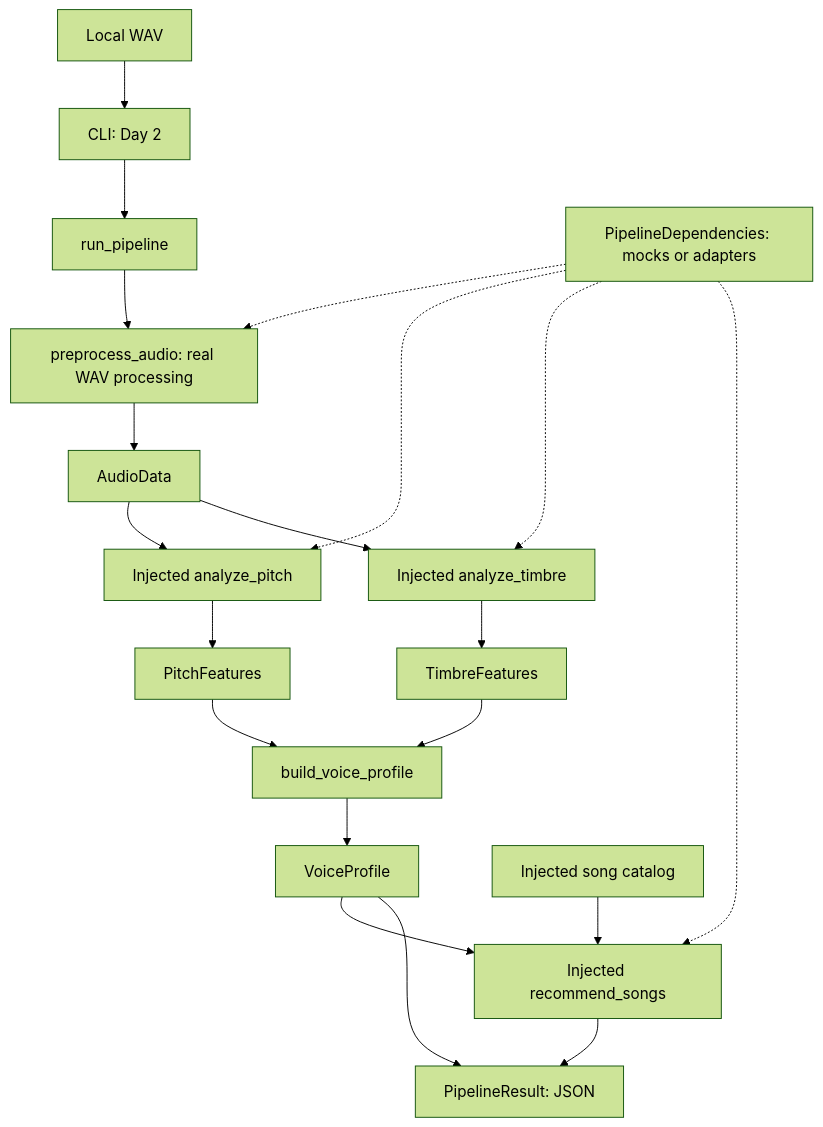
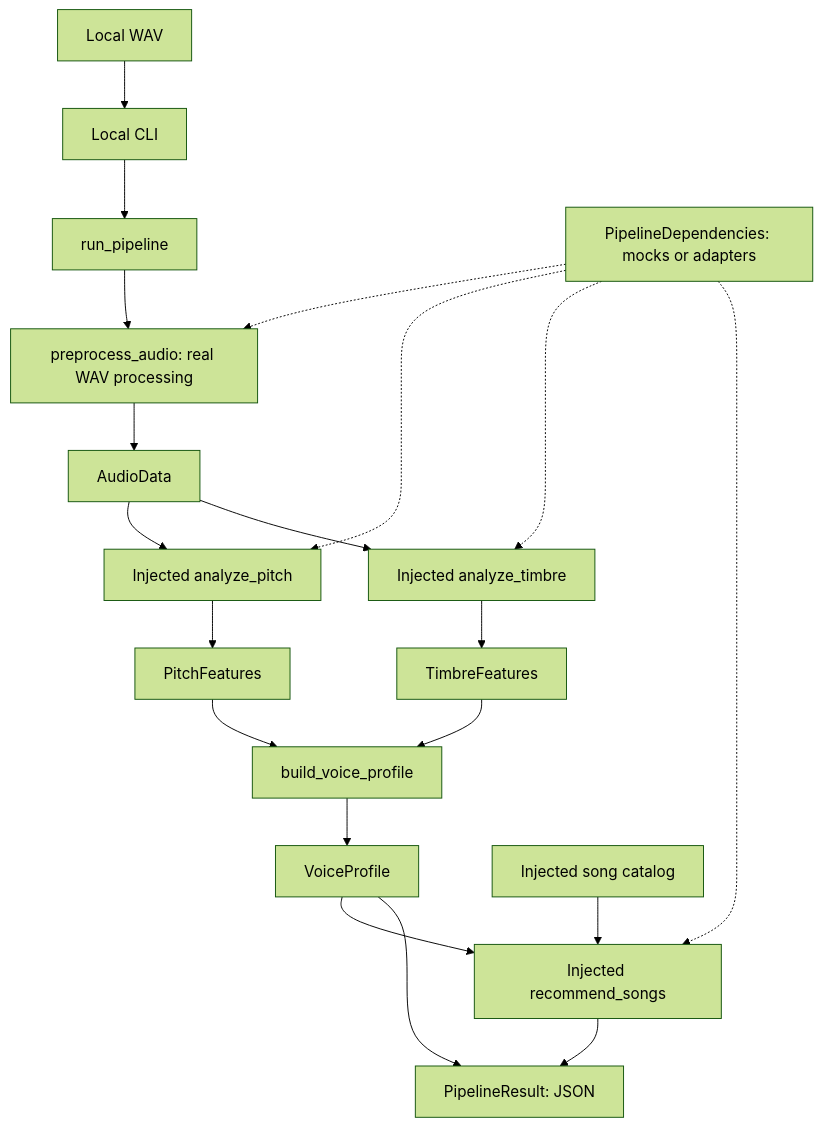
Before and after one commit to Jeminana/SUARA-System: the diagram in docs/ARCHITECTURE.md, drawn with Mermaid (forest theme). The commit also changed other lines of this file and 20 other files, not shown here.

Commit message:
Implement Day 2 local mock pipeline and WAV CLI

````diff
--- a/docs/ARCHITECTURE.md
+++ b/docs/ARCHITECTURE.md
@@ -7,22 +7,22 @@
 ```mermaid
 flowchart TD
-    WAV[Local WAV] --> CLI[CLI: Day 2]
+    WAV[Local WAV] --> CLI[Local CLI]
     CLI --> RUN[run_pipeline]
     RUN --> PRE[preprocess_audio: real WAV processing]
     PRE --> AUDIO[AudioData]
     AUDIO --> P[Injected analyze_pitch]
     AUDIO --> T[Injected analyze_timbre]
     P --> PF[PitchFeatures]
     T --> TF[TimbreFeatures]
     PF --> BUILD[build_voice_profile]
     TF --> BUILD
     BUILD --> VP[VoiceProfile]
     VP --> REC[Injected recommend_songs]
     CAT[Injected song catalog] --> REC
     REC --> RESULT[PipelineResult: JSON]
     VP --> RESULT
     DEPS[PipelineDependencies: mocks or adapters] -.-> PRE
     DEPS -.-> P
     DEPS -.-> T
     DEPS -.-> REC
 ```
````
